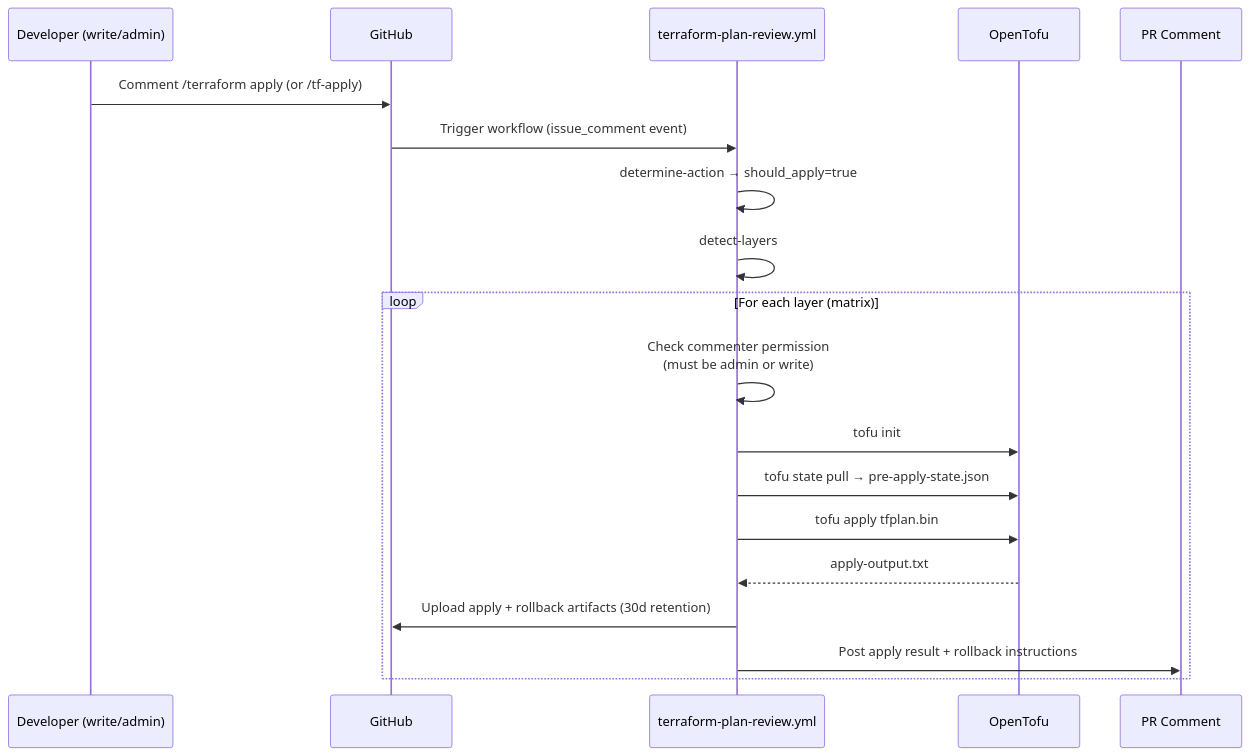
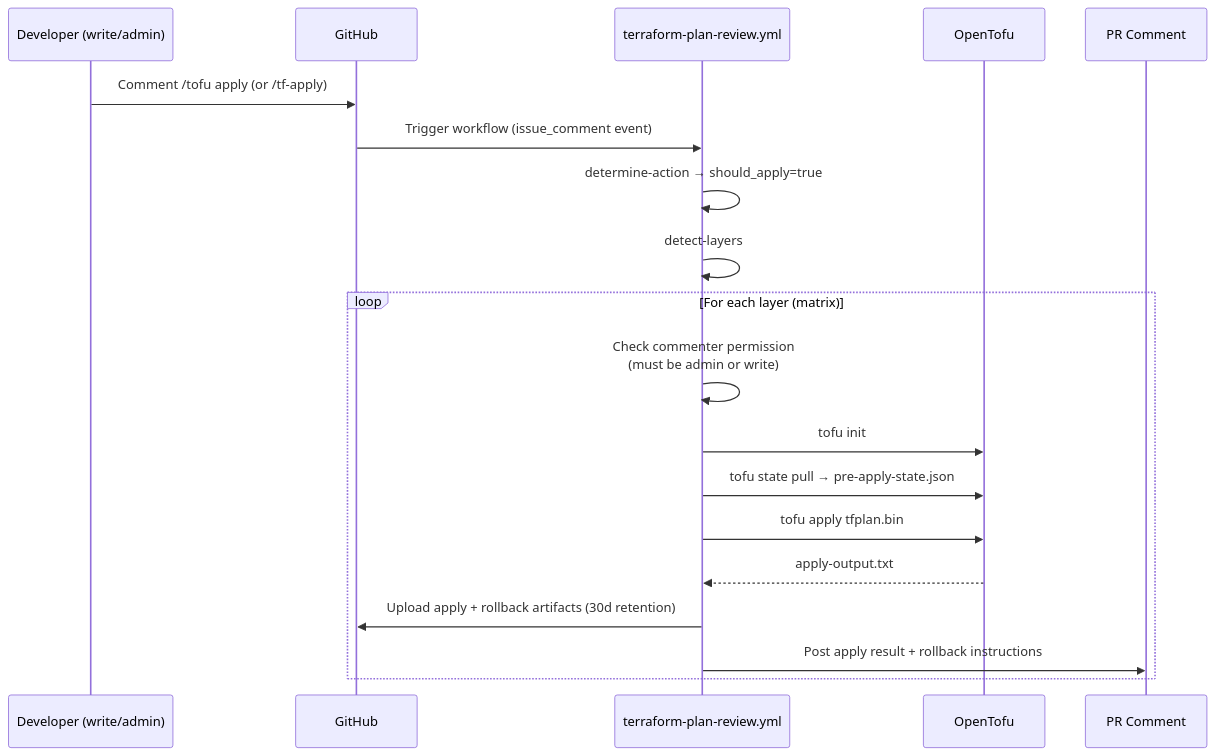
Before and after one commit to binbashar/le-tf-infra-aws: the second of 4 diagrams in .github/docs/claude-workflows.md, drawn with Mermaid. The commit also changed other lines of this file and 4 other files, not shown here.

````diff
--- a/.github/docs/claude-workflows.md
+++ b/.github/docs/claude-workflows.md
@@ -57,24 +57,24 @@
 ```mermaid
 sequenceDiagram
     participant Dev as Developer (write/admin)
     participant GH as GitHub
     participant WF as terraform-plan-review.yml
     participant Tofu as OpenTofu
     participant PR as PR Comment
 
-    Dev->>GH: Comment /terraform apply (or /tf-apply)
+    Dev->>GH: Comment /tofu apply (or /tf-apply)
     GH->>WF: Trigger workflow (issue_comment event)
 
     WF->>WF: determine-action → should_apply=true
     WF->>WF: detect-layers
 
     loop For each layer (matrix)
         WF->>WF: Check commenter permission<br/>(must be admin or write)
         WF->>Tofu: tofu init
         WF->>Tofu: tofu state pull → pre-apply-state.json
         WF->>Tofu: tofu apply tfplan.bin
         Tofu-->>WF: apply-output.txt
         WF->>GH: Upload apply + rollback artifacts (30d retention)
         WF->>PR: Post apply result + rollback instructions
     end
 ```
````
